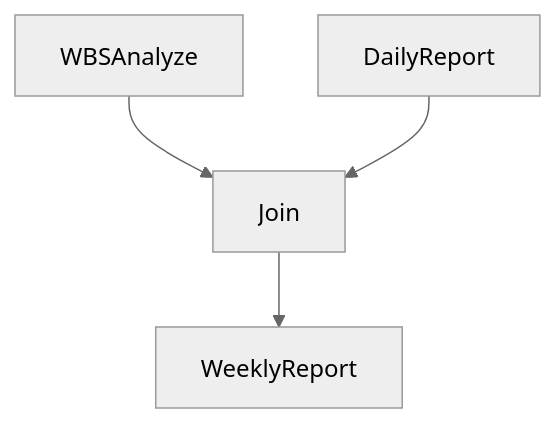
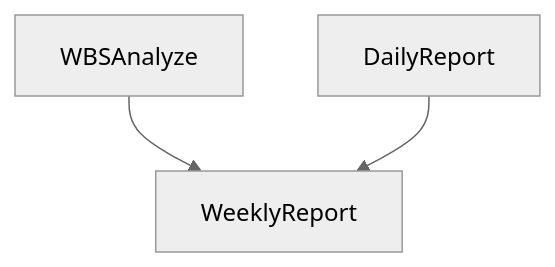
The second of 3 diagrams in README.md (skala-yAXim/AI-end), drawn with Mermaid (neutral theme) before and after one commit. The commit also changed other lines of this file, not shown here.

````diff
--- a/README.md
+++ b/README.md
@@ -45,6 +44,5 @@
  ```mermaid
 graph TD;
-    WBSAnalyze --> Join
-    DailyReport --> Join
-    Join --> WeeklyReport
+    WBSAnalyze --> WeeklyReport
+    DailyReport --> WeeklyReport
 ```
````
